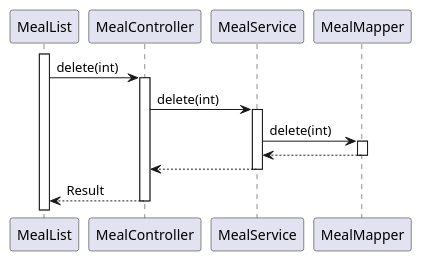
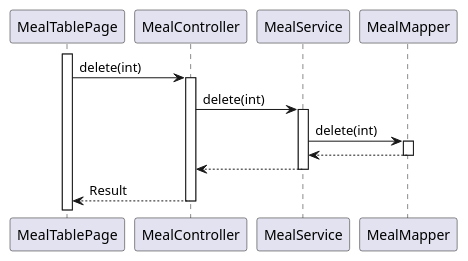
The diagram in doc/seq/deleteMeal.puml (leidZhang/Nutrifit), drawn with PlantUML before and after one commit. The commit also changed 35 other files, not shown here.

Commit message:
sequence diagrams

```diff
--- a/doc/seq/deleteMeal.puml
+++ b/doc/seq/deleteMeal.puml
@@ -1,20 +1,20 @@
 @startuml
-activate MealList
-MealList -> MealController: delete(int)
+activate MealTablePage
+MealTablePage -> MealController: delete(int)
 activate MealController
 
 MealController -> MealService: delete(int)
 activate MealService
 
 MealService -> MealMapper: delete(int)
 activate MealMapper
 
 MealMapper --> MealService:
 deactivate MealMapper
 
 MealService --> MealController:
 deactivate MealService
 
-MealController --> MealList: Result
+MealController --> MealTablePage: Result
 deactivate MealController
 @enduml
```
